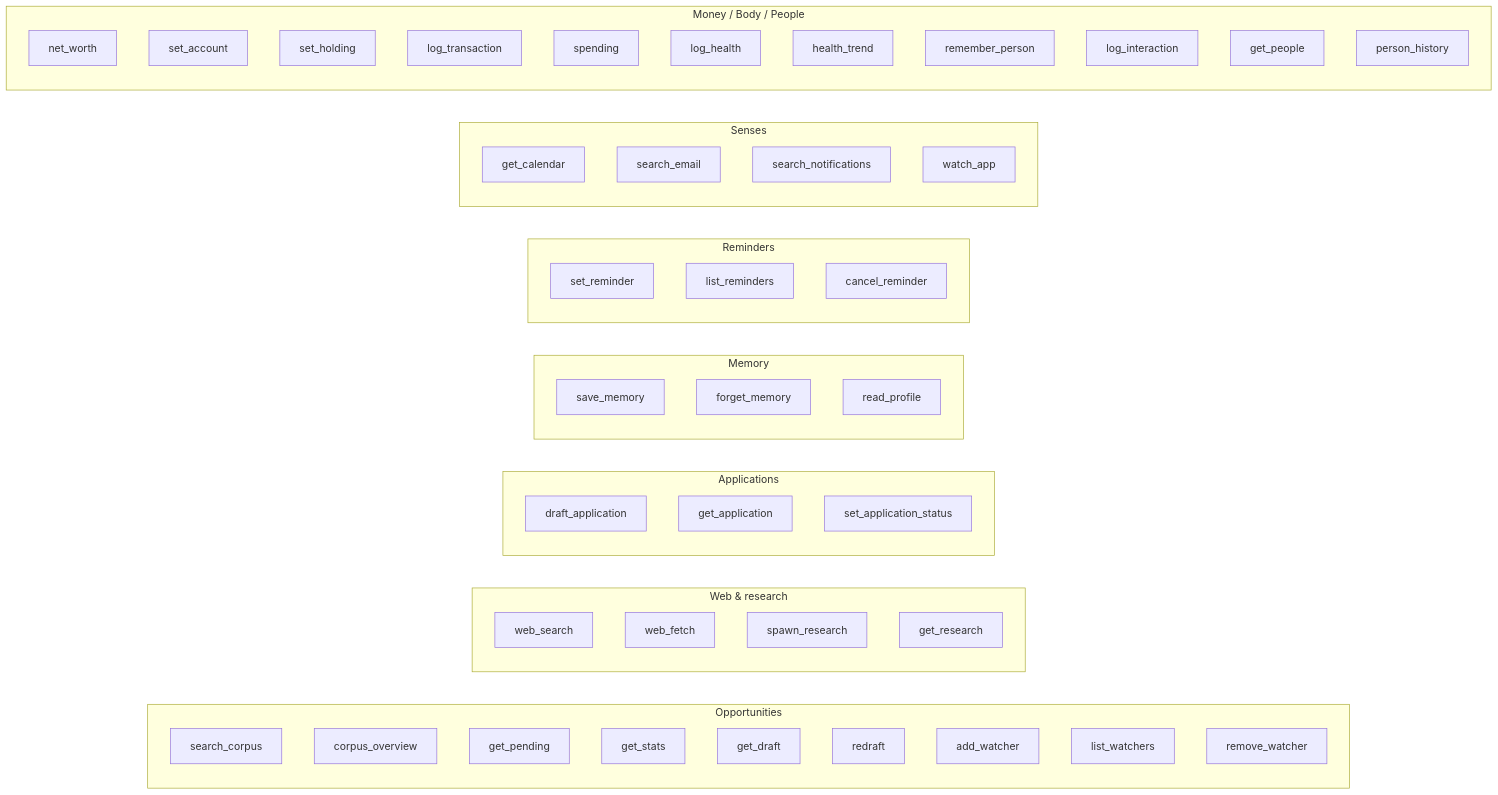
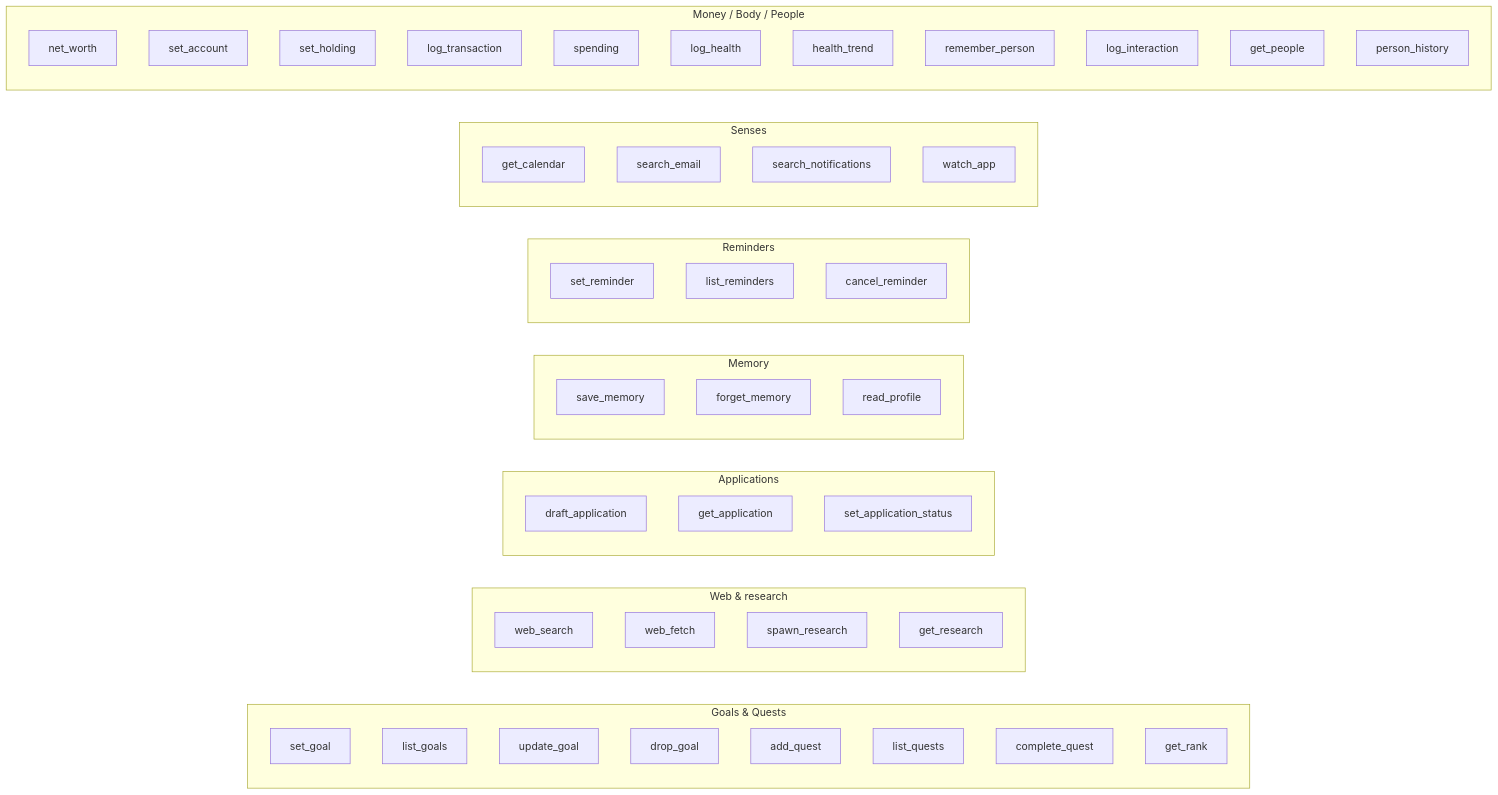
Before and after one commit to saquibjawedbit/grabber: the fourth of 5 diagrams in docs/03-agent.md, drawn with Mermaid. The commit also changed other lines of this file and 25 other files, not shown here.

````diff
--- a/docs/03-agent.md
+++ b/docs/03-agent.md
@@ -130,27 +133,27 @@
 ```mermaid
 flowchart LR
-  subgraph opp["Opportunities"]
-    search_corpus; corpus_overview; get_pending; get_stats; get_draft; redraft
-    add_watcher; list_watchers; remove_watcher
+  subgraph gq["Goals & Quests"]
+    set_goal; list_goals; update_goal; drop_goal
+    add_quest; list_quests; complete_quest; get_rank
   end
   subgraph web["Web & research"]
     web_search; web_fetch; spawn_research; get_research
   end
   subgraph apps["Applications"]
     draft_application; get_application; set_application_status
   end
   subgraph mem["Memory"]
     save_memory; forget_memory; read_profile
   end
   subgraph rem["Reminders"]
     set_reminder; list_reminders; cancel_reminder
   end
   subgraph sen["Senses"]
     get_calendar; search_email; search_notifications; watch_app
   end
   subgraph money["Money / Body / People"]
     net_worth; set_account; set_holding; log_transaction; spending
     log_health; health_trend
     remember_person; log_interaction; get_people; person_history
   end
 ```
````
